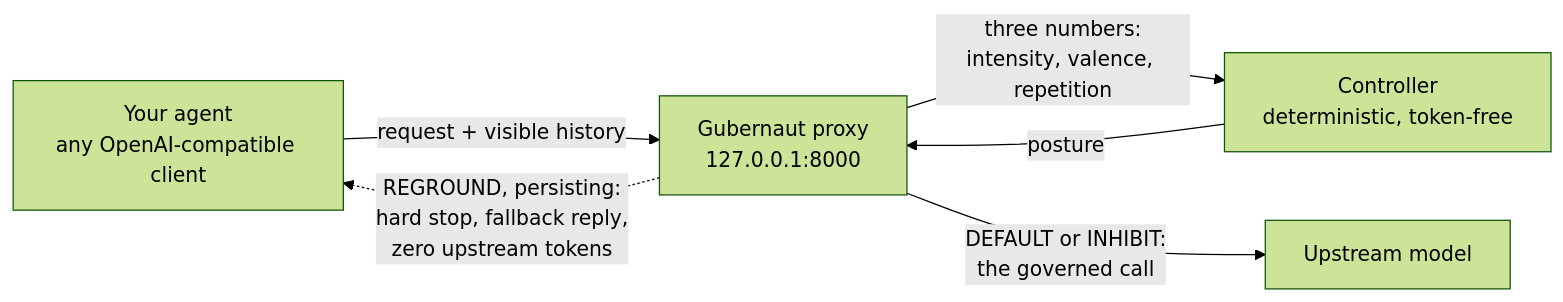
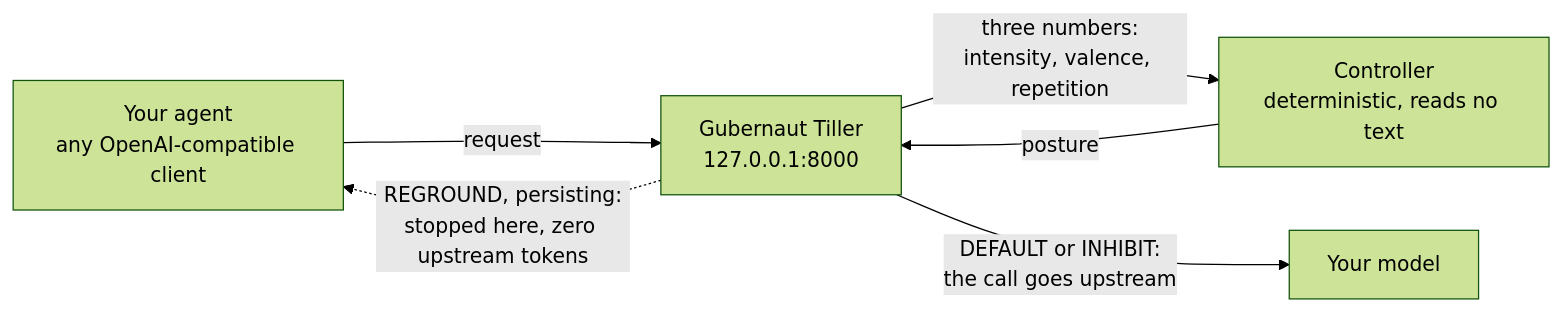
Before and after one commit to thegubernaut/gubernaut: the diagram in README.md, drawn with Mermaid (forest theme). The commit also changed other lines of this file and 15 other files, not shown here.

````diff
--- a/README.md
+++ b/README.md
@@ -138,8 +83,8 @@
 ```mermaid
 flowchart LR
-  A["Your agent<br/>any OpenAI-compatible client"] -->|"request + visible history"| P["Gubernaut proxy<br/>127.0.0.1:8000"]
-  P -->|"three numbers:<br/>intensity, valence, repetition"| C["Controller<br/>deterministic, token-free"]
+  A["Your agent<br/>any OpenAI-compatible client"] -->|"request"| P["Gubernaut Tiller<br/>127.0.0.1:8000"]
+  P -->|"three numbers:<br/>intensity, valence, repetition"| C["Controller<br/>deterministic, reads no text"]
   C -->|"posture"| P
-  P -->|"DEFAULT or INHIBIT:<br/>the governed call"| U["Upstream model"]
-  P -. "REGROUND, persisting:<br/>hard stop, fallback reply,<br/>zero upstream tokens" .-> A
+  P -->|"DEFAULT or INHIBIT:<br/>the call goes upstream"| U["Your model"]
+  P -. "REGROUND, persisting:<br/>stopped here, zero upstream tokens" .-> A
 ```
````
